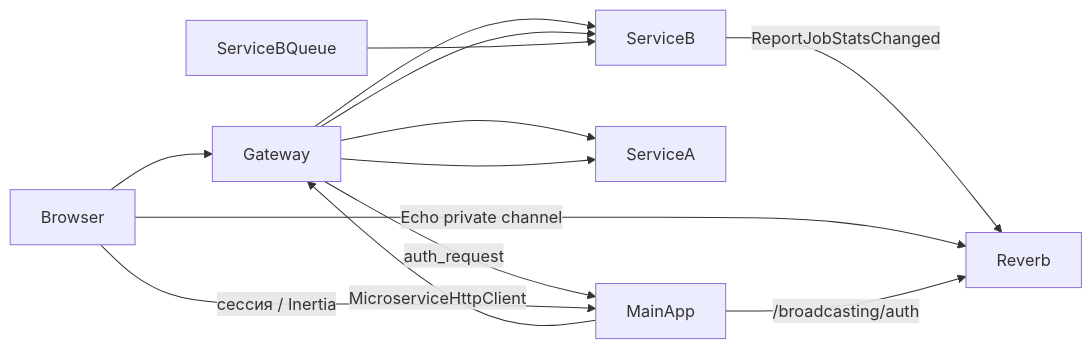
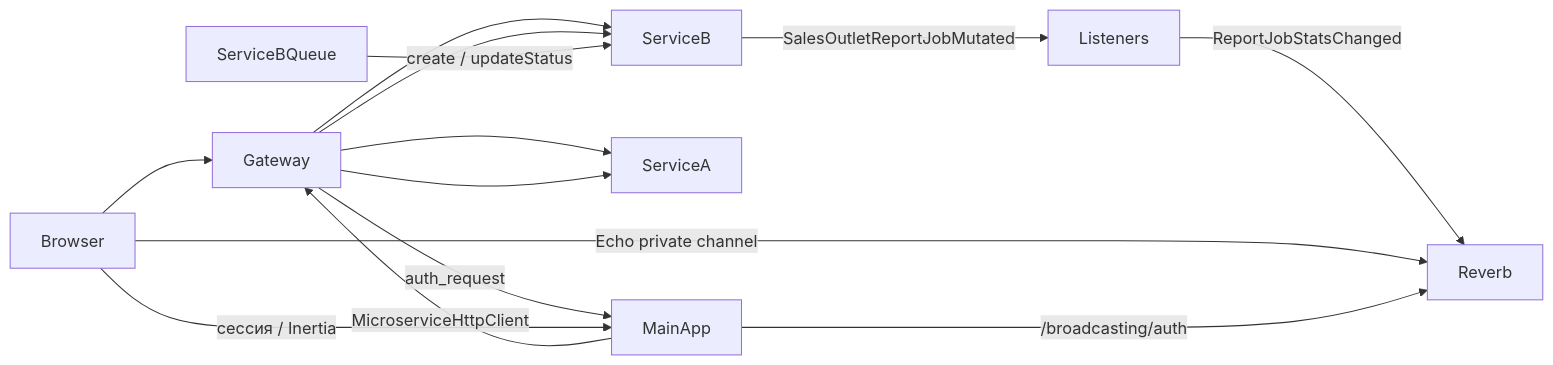
The diagram in README.md (dvtikhonov/exampleProjectSail), drawn with Mermaid before and after one commit. The commit also changed other lines of this file and 4 other files, not shown here.

````diff
--- a/README.md
+++ b/README.md
@@ -26,15 +26,16 @@
 ```mermaid
 flowchart LR
   Browser --> Gateway
   Gateway -->|auth_request| MainApp
   Gateway --> ServiceA
   Gateway --> ServiceB
   Browser -->|сессия / Inertia| MainApp
   MainApp -->|MicroserviceHttpClient| Gateway
   Gateway --> ServiceA
   Gateway --> ServiceB
-  ServiceB -->|ReportJobStatsChanged| Reverb
+  ServiceBQueue -->|create / updateStatus| ServiceB
+  ServiceB -->|SalesOutletReportJobMutated| Listeners
+  Listeners -->|ReportJobStatsChanged| Reverb
   Browser -->|Echo private channel| Reverb
   MainApp -->|/broadcasting/auth| Reverb
-  ServiceBQueue --> ServiceB
 ```
````
